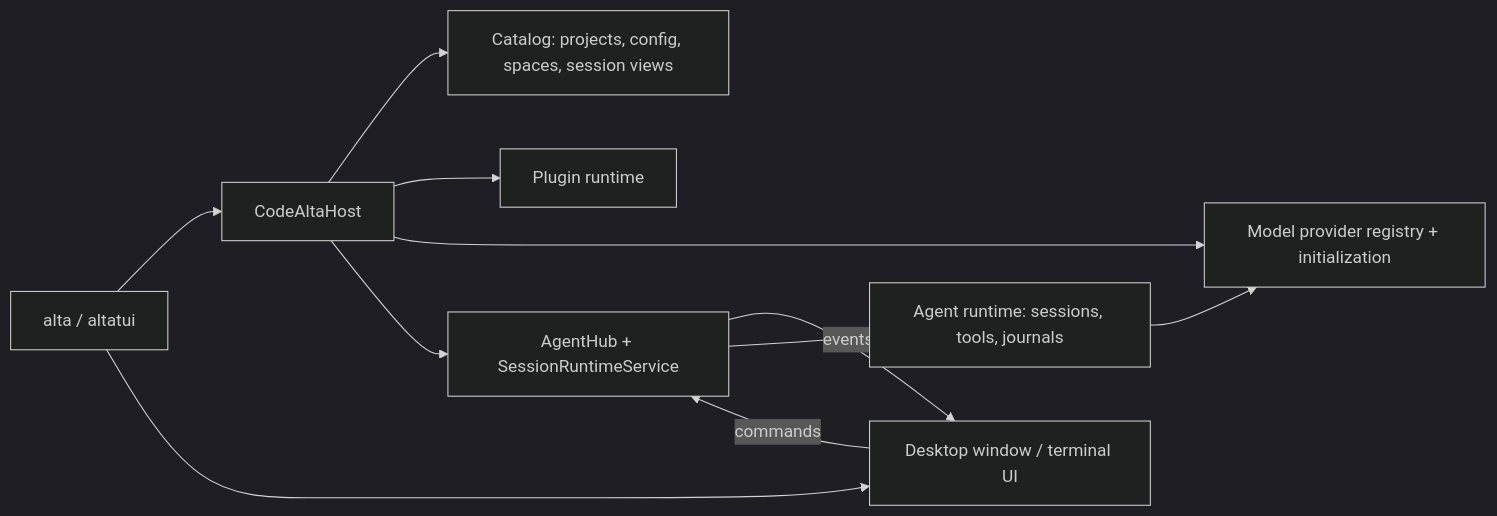
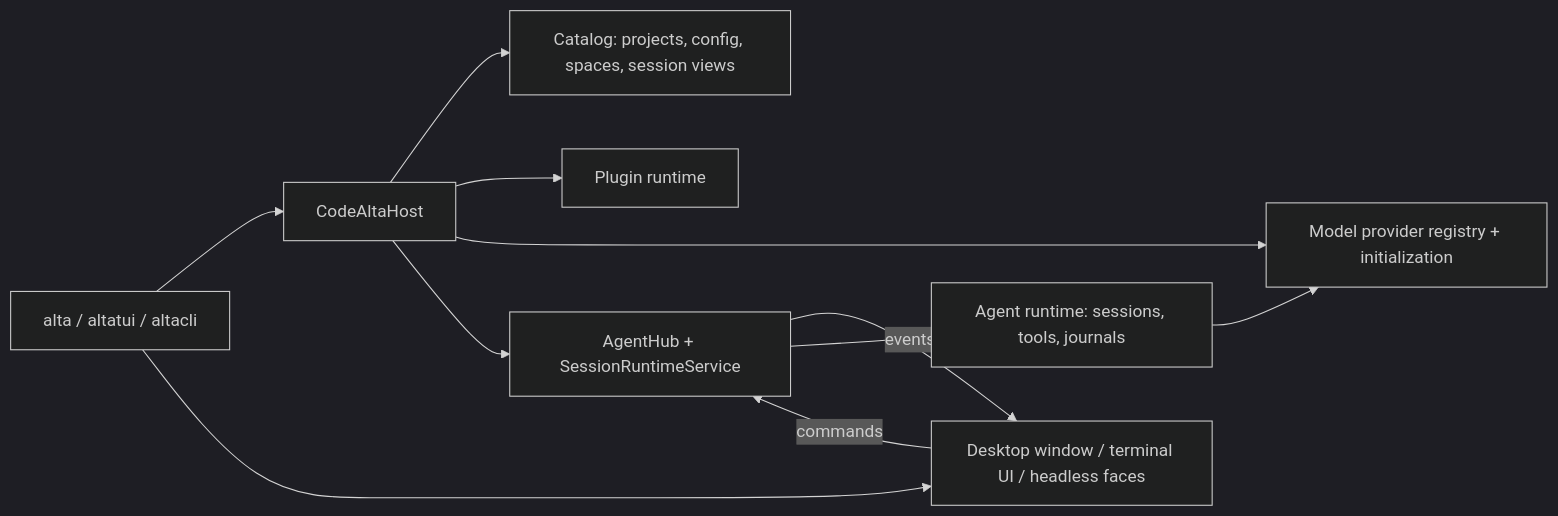
One commit to CodeAlta/CodeAlta changed the diagram in doc/architecture.md. Above: the diagram before and after it, drawn with Mermaid (dark theme). The commit also changed other lines of this file and 6 other files, not shown here.

Commit message:
Update doc for altacli: user guide page, readme and architecture (#216)

````diff
--- a/doc/architecture.md
+++ b/doc/architecture.md
@@ -20,13 +20,13 @@
 ```mermaid
 flowchart LR
-    Exe[alta / altatui] --> Host[CodeAltaHost]
+    Exe[alta / altatui / altacli] --> Host[CodeAltaHost]
     Host --> Catalog[Catalog: projects, config, spaces, session views]
     Host --> Plugins[Plugin runtime]
     Host --> Providers[Model provider registry + initialization]
     Host --> Runtime[AgentHub + SessionRuntimeService]
-    Exe --> Frontend[Desktop window / terminal UI]
+    Exe --> Frontend[Desktop window / terminal UI / headless faces]
     Frontend -- commands --> Runtime
     Runtime -- events --> Frontend
     Runtime --> Agent[Agent runtime: sessions, tools, journals]
     Agent --> Providers
 ```
````
